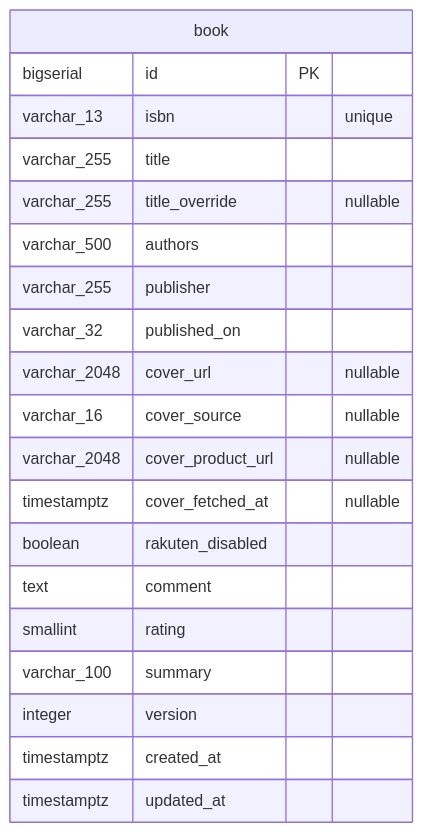
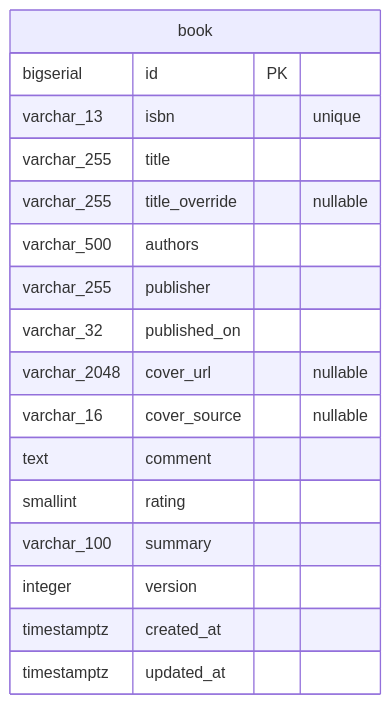
One commit to mrstsgk/book-management-system changed the first of 2 diagrams in docs/db/backend-schema.md. Above: the diagram before and after it, drawn with Mermaid. The commit also changed other lines of this file and 205 other files, not shown here.

````diff
--- a/docs/db/backend-schema.md
+++ b/docs/db/backend-schema.md
@@ -7,23 +7,20 @@
 ```mermaid
 erDiagram
     book {
         bigserial id PK
         varchar_13 isbn "unique"
         varchar_255 title
         varchar_255 title_override "nullable"
         varchar_500 authors
         varchar_255 publisher
         varchar_32 published_on
         varchar_2048 cover_url "nullable"
         varchar_16 cover_source "nullable"
-        varchar_2048 cover_product_url "nullable"
-        timestamptz cover_fetched_at "nullable"
-        boolean rakuten_disabled
         text comment
         smallint rating
         varchar_100 summary
         integer version
         timestamptz created_at
         timestamptz updated_at
     }
 ```
````
